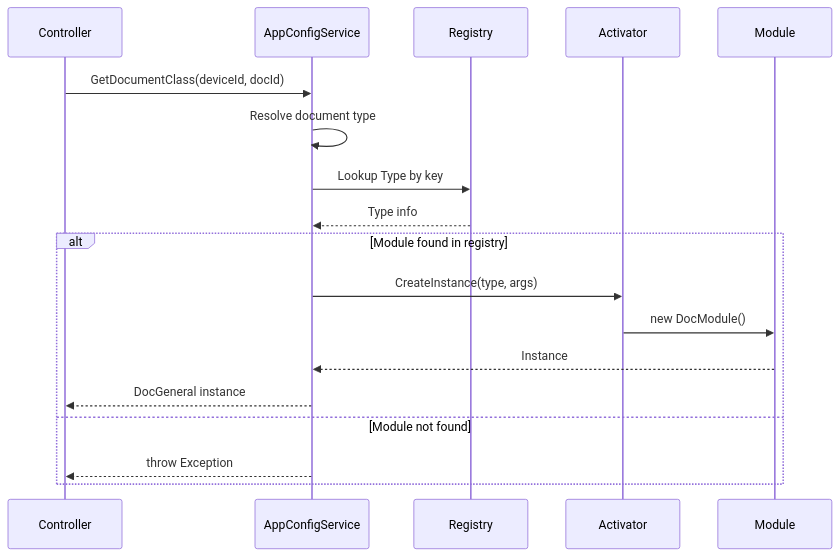
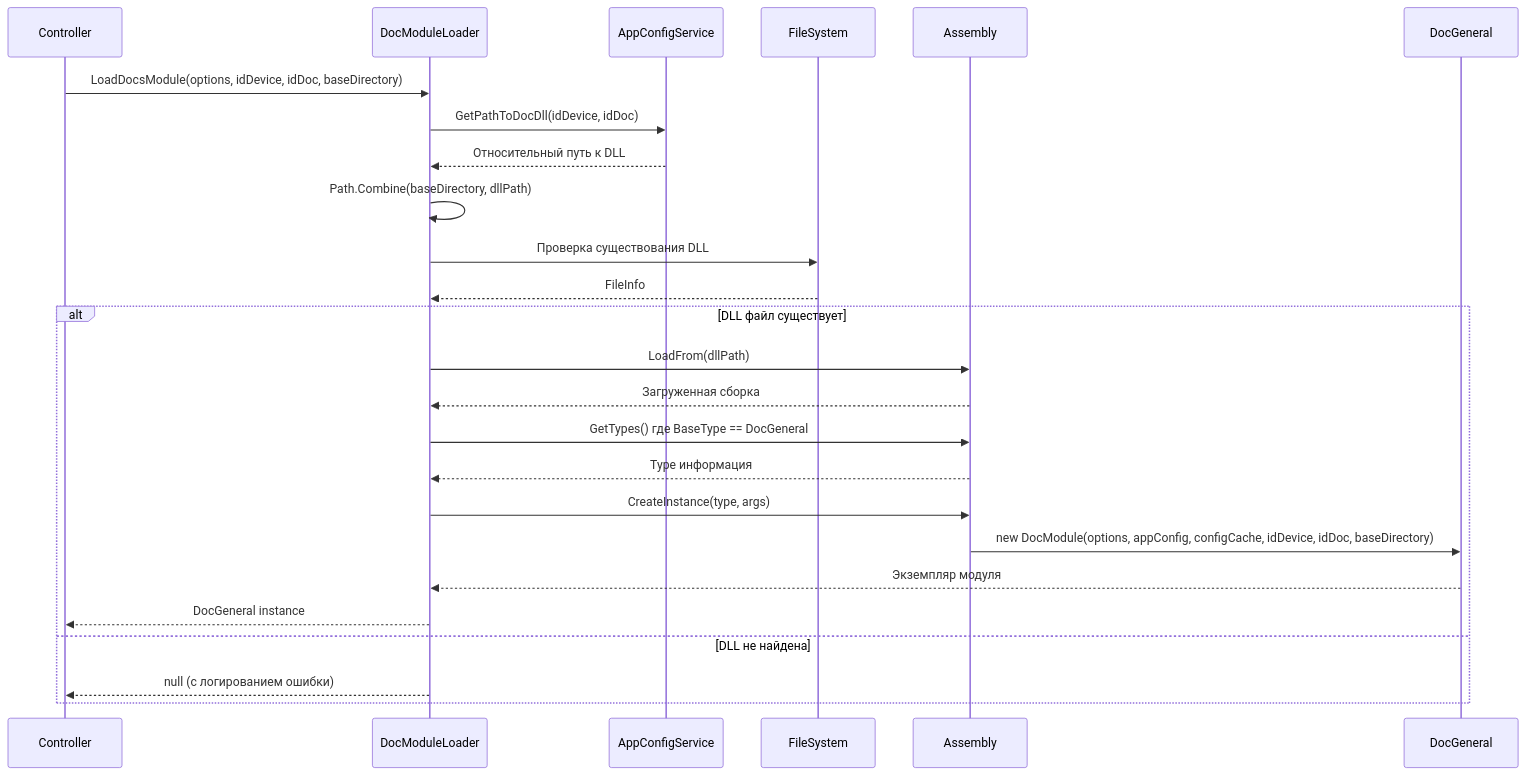
One commit to tn-ivk/tn-doc changed the third of 10 diagrams in docs/architecture/document-modules.md. Above: the diagram before and after it, drawn with Mermaid. The commit also changed other lines of this file, not shown here.

First line of the commit message:
Актуализация документации загрузки модулей: переход от GetDocumentClass к IDocModuleLoader

````diff
--- a/docs/architecture/document-modules.md
+++ b/docs/architecture/document-modules.md
@@ -431,22 +435,30 @@
 ```mermaid
 sequenceDiagram
     participant Controller
+    participant DocModuleLoader
     participant AppConfigService
-    participant Registry
-    participant Activator
-    participant Module
+    participant FileSystem
+    participant Assembly
+    participant DocGeneral
 
-    Controller->>AppConfigService: GetDocumentClass(deviceId, docId)
-    AppConfigService->>AppConfigService: Resolve document type
-    AppConfigService->>Registry: Lookup Type by key
-    Registry-->>AppConfigService: Type info
+    Controller->>DocModuleLoader: LoadDocsModule(options, idDevice, idDoc, baseDirectory)
+    DocModuleLoader->>AppConfigService: GetPathToDocDll(idDevice, idDoc)
+    AppConfigService-->>DocModuleLoader: Относительный путь к DLL
 
-    alt Module found in registry
-        AppConfigService->>Activator: CreateInstance(type, args)
-        Activator->>Module: new DocModule()
-        Module-->>AppConfigService: Instance
-        AppConfigService-->>Controller: DocGeneral instance
-    else Module not found
-        AppConfigService-->>Controller: throw Exception
+    DocModuleLoader->>DocModuleLoader: Path.Combine(baseDirectory, dllPath)
+    DocModuleLoader->>FileSystem: Проверка существования DLL
+    FileSystem-->>DocModuleLoader: FileInfo
+
+    alt DLL файл существует
+        DocModuleLoader->>Assembly: LoadFrom(dllPath)
+        Assembly-->>DocModuleLoader: Загруженная сборка
+        DocModuleLoader->>Assembly: GetTypes() где BaseType == DocGeneral
+        Assembly-->>DocModuleLoader: Type информация
+        DocModuleLoader->>Assembly: CreateInstance(type, args)
+        Assembly->>DocGeneral: new DocModule(options, appConfig, configCache, idDevice, idDoc, baseDirectory)
+        DocGeneral-->>DocModuleLoader: Экземпляр модуля
+        DocModuleLoader-->>Controller: DocGeneral instance
+    else DLL не найдена
+        DocModuleLoader-->>Controller: null (с логированием ошибки)
     end
 ```
````
